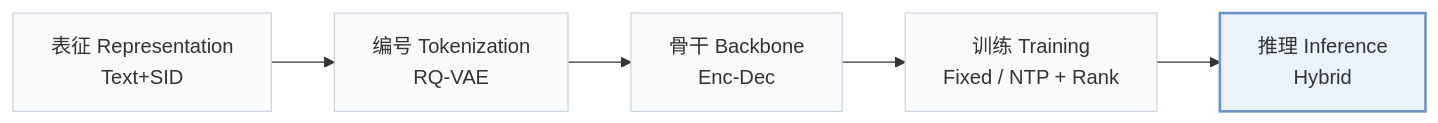
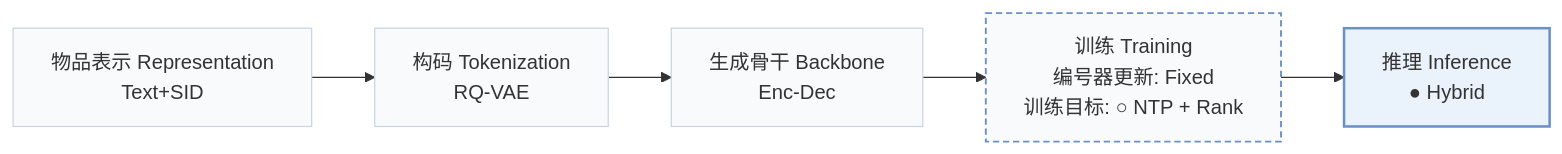
The first of 2 diagrams in pages/zh/papers/specgr.md (Galaxy-ghost/Awesome-SID-Generative-Rec), drawn with Mermaid before and after one commit. The commit also changed other lines of this file and 558 other files, not shown here.

````diff
--- a/pages/zh/papers/specgr.md
+++ b/pages/zh/papers/specgr.md
@@ -15,8 +19,10 @@
 ```mermaid
 flowchart LR
-    R["表征 Representation<br/>Text+SID"] --> T["编号 Tokenization<br/>RQ-VAE"] --> B["骨干 Backbone<br/>Enc-Dec"] --> TR["训练 Training<br/>Fixed / NTP + Rank"] --> I["推理 Inference<br/>Hybrid"]
+    R["物品表示 Representation<br/>Text+SID"] --> T["构码 Tokenization<br/>RQ-VAE"] --> B["生成骨干 Backbone<br/>Enc-Dec"] --> TR["训练 Training<br/>编号器更新: Fixed<br/>训练目标: ○ NTP + Rank"] --> I["推理 Inference<br/>● Hybrid"]
     classDef base fill:#f8fafc,stroke:#cbd5e1
     class R,T,B,TR,I base
+    classDef other fill:#f8fafc,stroke:#6b8fc7,stroke-width:1.5px,stroke-dasharray:5 3
+    class TR other
     classDef main fill:#eaf2fb,stroke:#6b8fc7,stroke-width:2px
     class I main
 ```
````
